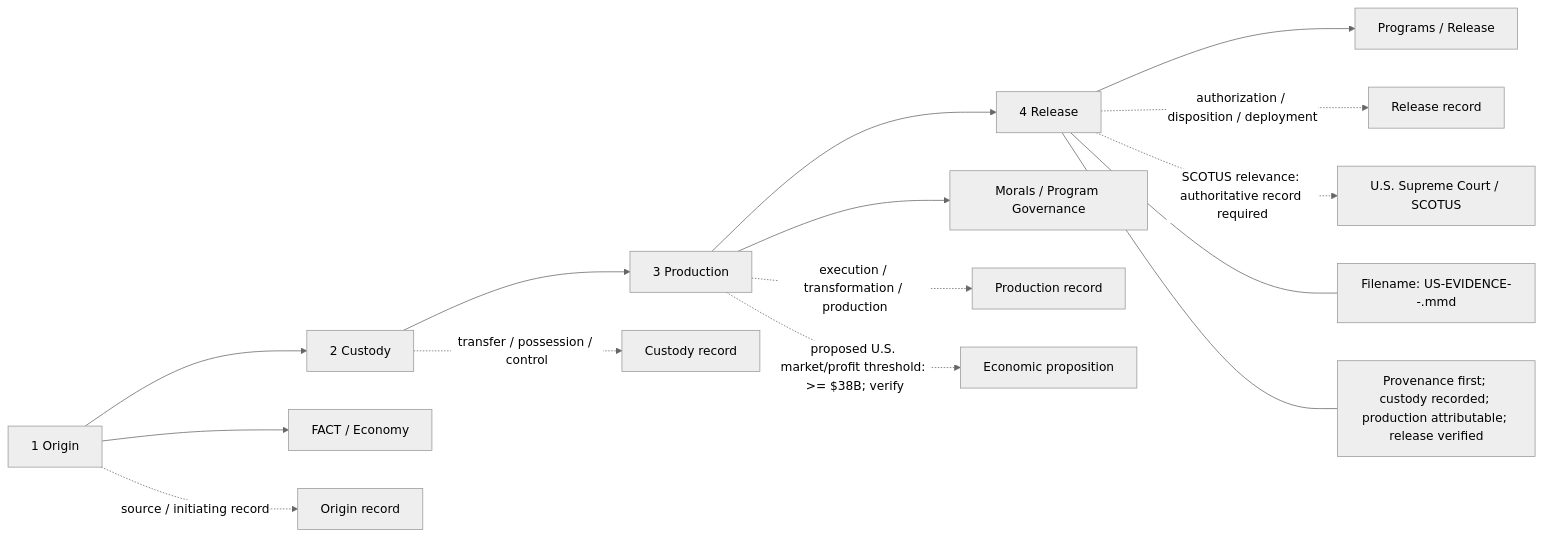
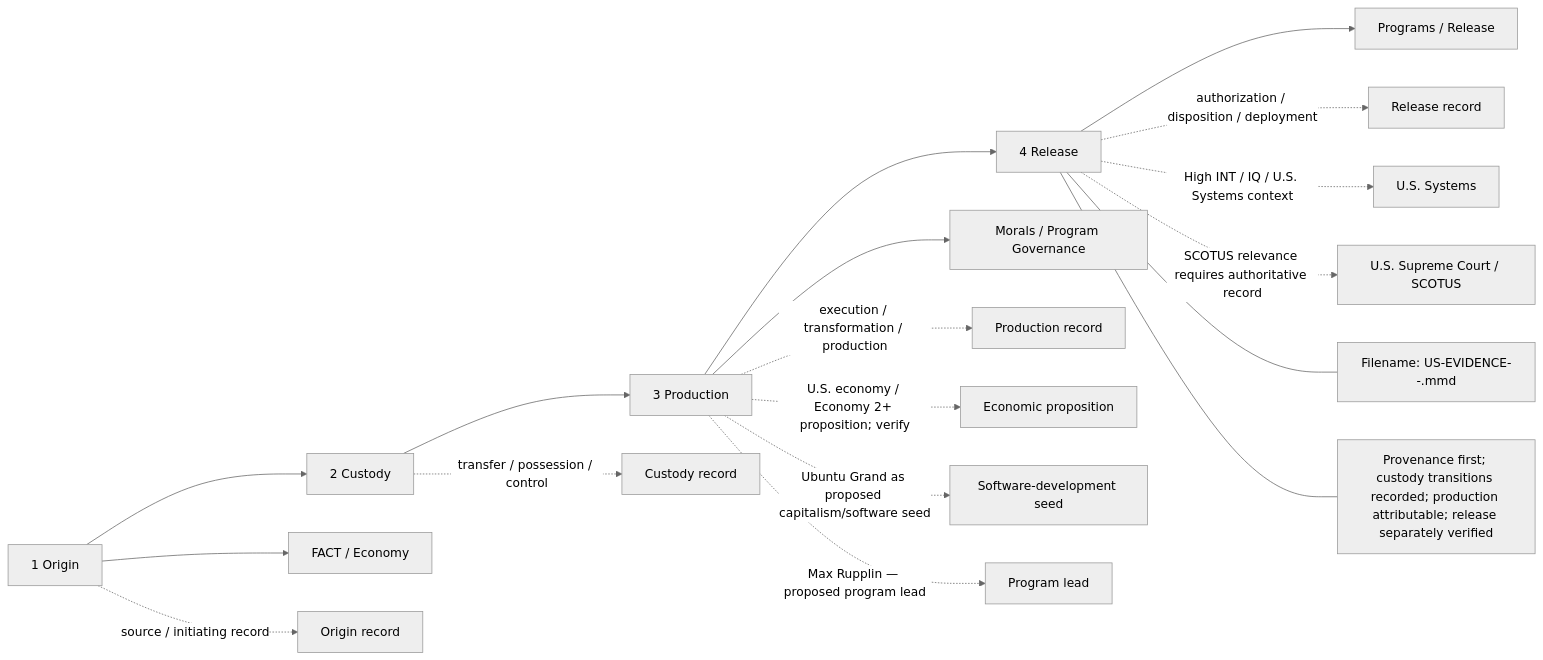
Before and after one commit to mearvk/Java.Web.Server.Telnet.Front.Java.21: the diagram in evidence/US-EVIDENCE-README.mmd, drawn with Mermaid (neutral theme). The commit also changed other lines of this file, not shown here.

Commit message:
Restate capitalism, software seed, and US systems language cleanly

````diff
--- a/evidence/US-EVIDENCE-README.mmd
+++ b/evidence/US-EVIDENCE-README.mmd
@@ -42,15 +44,18 @@
 ```mermaid
 flowchart LR
     E1["1 Origin"] --> E2["2 Custody"] --> E3["3 Production"] --> E4["4 Release"]
     E1 --> F["FACT / Economy"]
     E3 --> M["Morals / Program Governance"]
     E4 --> P["Programs / Release"]
     E1 -. "source / initiating record" .-> O["Origin record"]
     E2 -. "transfer / possession / control" .-> C["Custody record"]
     E3 -. "execution / transformation / production" .-> PR["Production record"]
     E4 -. "authorization / disposition / deployment" .-> RL["Release record"]
-    E3 -. "proposed U.S. market/profit threshold: >= $38B; verify" .-> ECON["Economic proposition"]
-    E4 -. "SCOTUS relevance: authoritative record required" .-> SCOTUS["U.S. Supreme Court / SCOTUS"]
+    E3 -. "U.S. economy / Economy 2+ proposition; verify" .-> ECON["Economic proposition"]
+    E3 -. "Ubuntu Grand as proposed capitalism/software seed" .-> SEED["Software-development seed"]
+    E3 -. "Max Rupplin — proposed program lead" .-> LEAD["Program lead"]
+    E4 -. "High INT / IQ / U.S. Systems context" .-> SYS["U.S. Systems"]
+    E4 -. "SCOTUS relevance requires authoritative record" .-> SCOTUS["U.S. Supreme Court / SCOTUS"]
     E4 --- S["Filename: US-EVIDENCE-<stage>-<identifier>.mmd"]
-    E4 --- R["Provenance first; custody recorded; production attributable; release verified"]
+    E4 --- R["Provenance first; custody transitions recorded; production attributable; release separately verified"]
 ```
````
